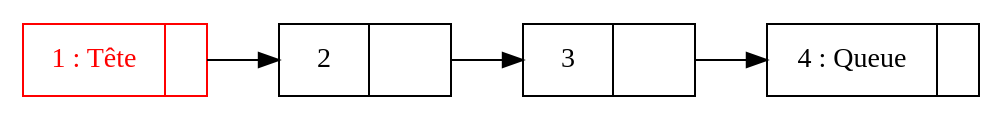
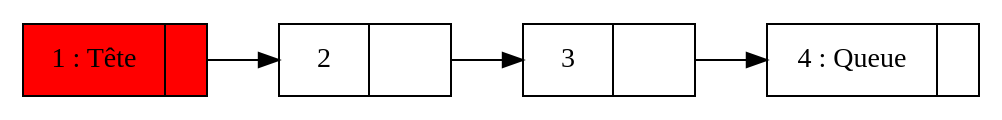
One commit to Sabibou/Cours_L2_Info changed the second of 8 diagrams in Algorithmique/Cours-complet.md. Above: the diagram before and after it, drawn with Graphviz. The commit also changed other lines of this file, not shown here.

````diff
--- a/Algorithmique/Cours-complet.md
+++ b/Algorithmique/Cours-complet.md
@@ -268,15 +268,15 @@
 ```dot
 digraph G {
 	rankdir=LR;
 	node [shape=record];
-	a [label="{ <data> 1 : Tête | <ref>  }", width=1.2, color="red", fontcolor="red"]
+	a [label="{ <data> 1 : Tête | <ref>  }", width=1.2, style=filled, fillcolor=red]
 	b [label="{ <data> 2 | <ref>  }", width=1.2]
 	c [label="{ <data> 3 | <ref>  }", width=1.2]
 	d [label="{ <data> 4 : Queue | <ref>  }", width=1.2]
 
 	a:ref -> b
 	b:ref -> c
 	c:ref -> d
 
 }
 ```
````
